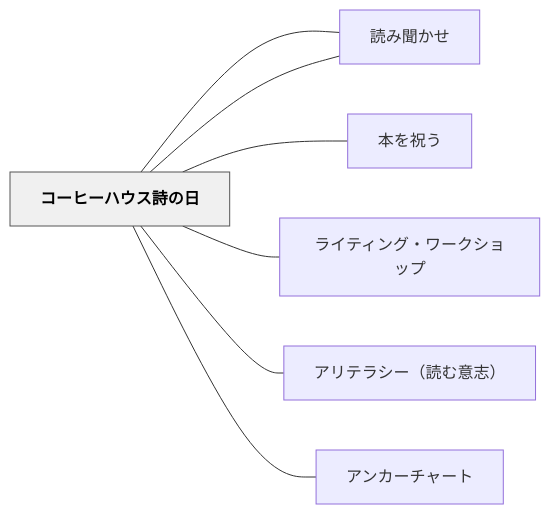
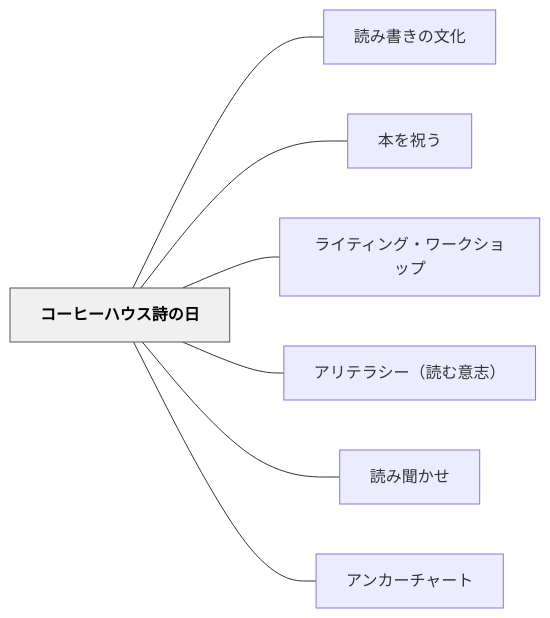
Before and after one commit to unknownthings-ed-patterns/unknownthings-ed-patterns: the diagram in content/パタン/コーヒーハウス詩の日.md, drawn with Mermaid. The commit also changed 527 other files, not shown here.

````diff
--- a/content/パタン/コーヒーハウス詩の日.md
+++ b/content/パタン/コーヒーハウス詩の日.md
@@ -119,20 +119,20 @@
 ```mermaid
 flowchart LR
-    ne382b3e383bc["コーヒーハウス詩の日"]
-    ne8aaade381bf["読み書きの文化"]
-    ne69cace38292["本を祝う"]
-    ne383a9e382a4["ライティング・ワークショップ"]
-    ne382a2e383aa["アリテラシー（読む意志）"]
-    ne8aaade381bf["読み聞かせ"]
-    ne382a2e383b3["アンカーチャート"]
+    ne382b3e383bce38392e383bce3838fe382a6e382b9e8a9a9e381aee697a5["コーヒーハウス詩の日"]
+    ne8aaade381bfe69bb8e3818de381aee69687e58c96["読み書きの文化"]
+    ne69cace38292e7a59de38186["本を祝う"]
+    ne383a9e382a4e38386e382a3e383b3e382b0e383bbe383afe383bce382afe382b7e383a7e38383e38397["ライティング・ワークショップ"]
+    ne382a2e383aae38386e383a9e382b7e383bcefbc88e8aaade38280e6848fe5bf97efbc89["アリテラシー（読む意志）"]
+    ne8aaade381bfe8819ee3818be3819b["読み聞かせ"]
+    ne382a2e383b3e382abe383bce38381e383a3e383bce38388["アンカーチャート"]
 
-    ne382b3e383bc --- ne8aaade381bf
-    ne382b3e383bc --- ne69cace38292
-    ne382b3e383bc --- ne383a9e382a4
-    ne382b3e383bc --- ne382a2e383aa
-    ne382b3e383bc --- ne8aaade381bf
-    ne382b3e383bc --- ne382a2e383b3
+    ne382b3e383bce38392e383bce3838fe382a6e382b9e8a9a9e381aee697a5 --- ne8aaade381bfe69bb8e3818de381aee69687e58c96
+    ne382b3e383bce38392e383bce3838fe382a6e382b9e8a9a9e381aee697a5 --- ne69cace38292e7a59de38186
+    ne382b3e383bce38392e383bce3838fe382a6e382b9e8a9a9e381aee697a5 --- ne383a9e382a4e38386e382a3e383b3e382b0e383bbe383afe383bce382afe382b7e383a7e38383e38397
+    ne382b3e383bce38392e383bce3838fe382a6e382b9e8a9a9e381aee697a5 --- ne382a2e383aae38386e383a9e382b7e383bcefbc88e8aaade38280e6848fe5bf97efbc89
+    ne382b3e383bce38392e383bce3838fe382a6e382b9e8a9a9e381aee697a5 --- ne8aaade381bfe8819ee3818be3819b
+    ne382b3e383bce38392e383bce3838fe382a6e382b9e8a9a9e381aee697a5 --- ne382a2e383b3e382abe383bce38381e383a3e383bce38388
 
     classDef hub fill:#f0f0f0,stroke:#555,color:#000,font-weight:bold
-    class ne382b3e383bc hub
+    class ne382b3e383bce38392e383bce3838fe382a6e382b9e8a9a9e381aee697a5 hub
 ```
````
